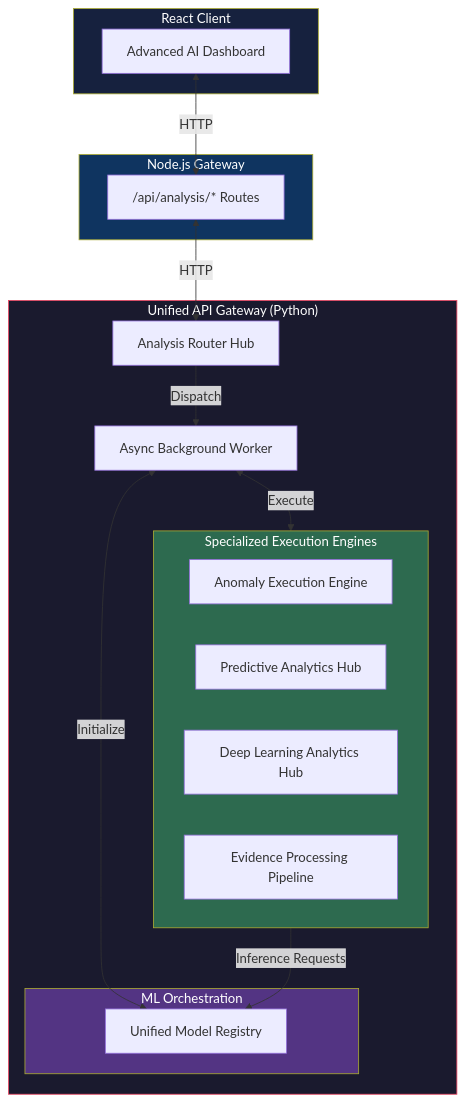
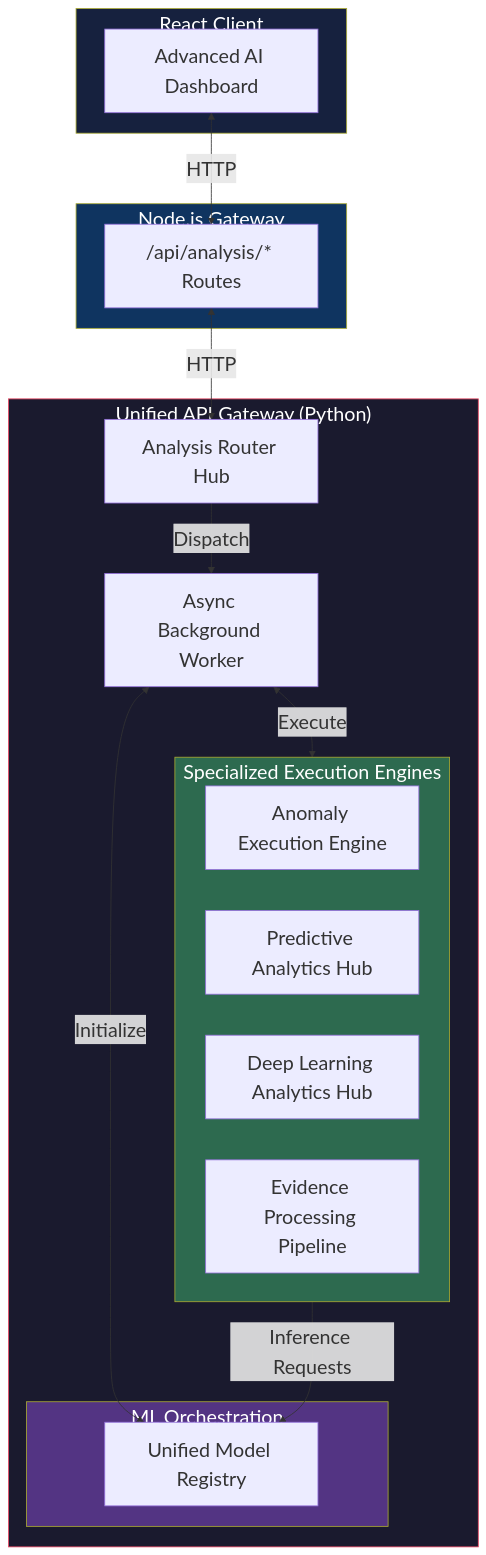
The second of 2 diagrams in FORENSIC_ML_BLUEPRINT.md (beingbrijesh/CopSight), drawn with Mermaid before and after one commit. The commit also changed other lines of this file and 6 other files, not shown here.

````diff
--- a/FORENSIC_ML_BLUEPRINT.md
+++ b/FORENSIC_ML_BLUEPRINT.md
@@ -90,39 +91,40 @@
 ```mermaid
+%%{init: {'themeVariables': { 'fontSize': '24px'}}}%%
 graph TB
     subgraph Frontend["React Client"]
         UI["Advanced AI Dashboard"]
     end
 
     subgraph Backend["Node.js Gateway"]
         API["/api/analysis/* Routes"]
     end
 
     subgraph AIService["Unified API Gateway (Python)"]
         ML_Router["Analysis Router Hub"]
         ARQ["Async Background Worker"]
         
         subgraph Orchestration["ML Orchestration"]
             Registry["Unified Model Registry"]
         end
 
         subgraph Engine["Specialized Execution Engines"]
             Anomaly["Anomaly Execution Engine"]
             Predictive["Predictive Analytics Hub"]
             DeepLearn["Deep Learning Analytics Hub"]
             Evidence["Evidence Processing Pipeline"]
         end
     end
 
     UI <-->|"HTTP"| API
     API <-->|"HTTP"| ML_Router
     ML_Router -->|"Dispatch"| ARQ
     ARQ <-->|"Initialize"| Registry
     ARQ <-->|"Execute"| Engine
     Engine -->|"Inference Requests"| Registry
 
     style Frontend fill:#16213e,color:#fff
     style Backend fill:#0f3460,color:#fff
     style AIService fill:#1a1a2e,stroke:#e94560,color:#fff
     style Orchestration fill:#533483,color:#fff
     style Engine fill:#2d6a4f,color:#fff
 ```
````
